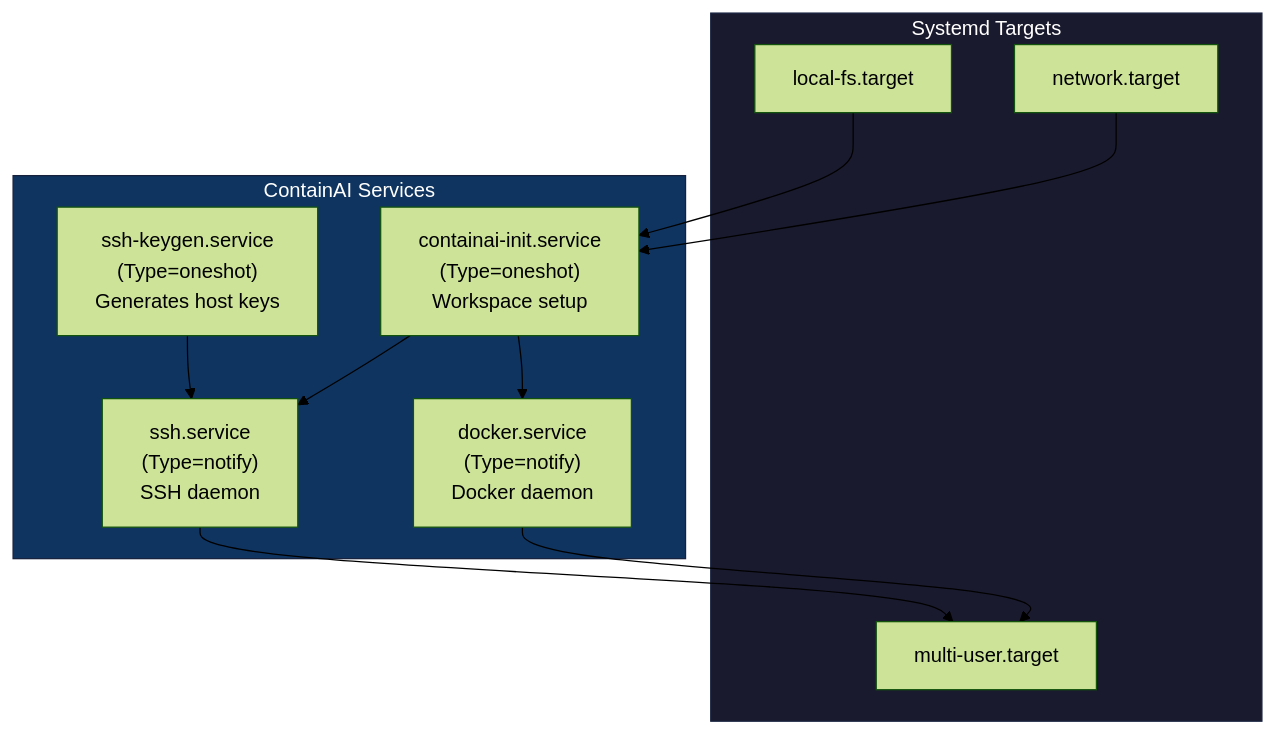
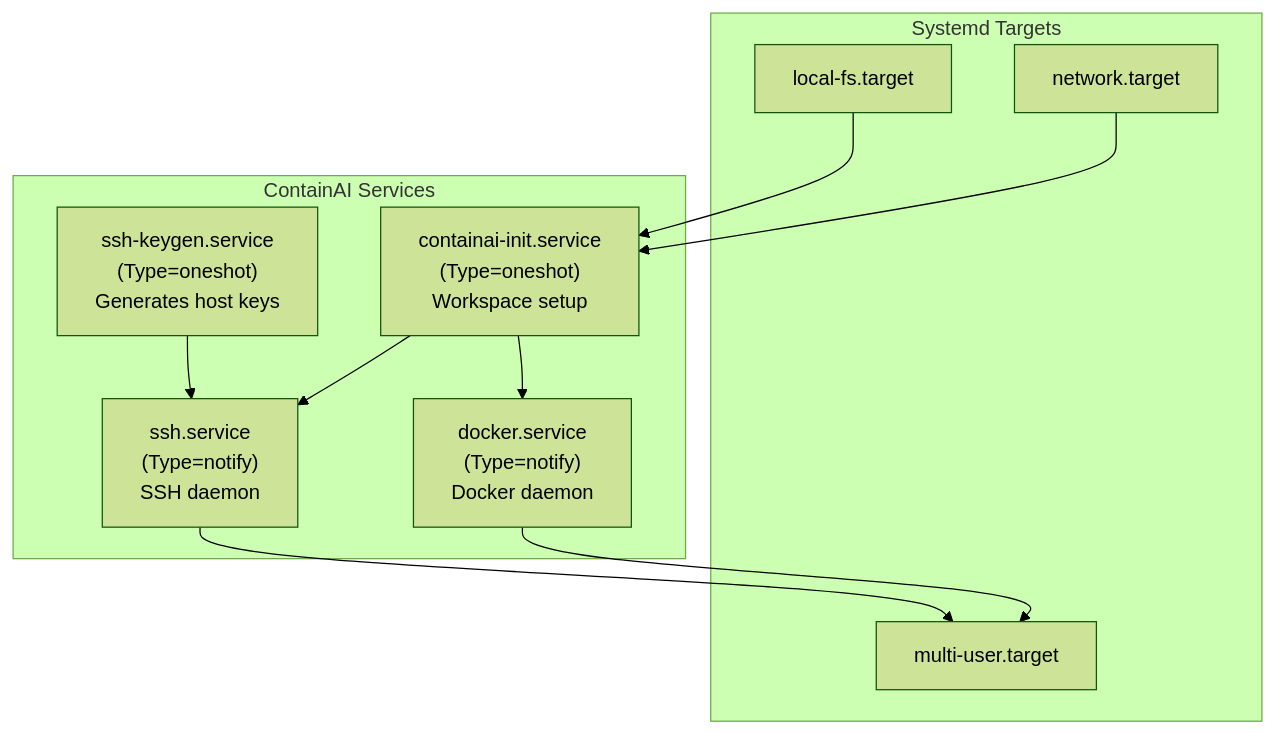
One commit to novotnyllc/ContainAI changed the fifth of 11 diagrams in docs/architecture.md. Above: the diagram before and after it, drawn with Mermaid (forest theme). The commit also changed other lines of this file and 14 other files, not shown here.

````diff
--- a/docs/architecture.md
+++ b/docs/architecture.md
@@ -287,27 +281,25 @@
 ```mermaid
 flowchart TD
     subgraph Targets["Systemd Targets"]
         LocalFS["local-fs.target"]
         Network["network.target"]
         MultiUser["multi-user.target"]
     end
 
     subgraph Services["ContainAI Services"]
         SSHKeygen["ssh-keygen.service<br/>(Type=oneshot)<br/>Generates host keys"]
         SSH["ssh.service<br/>(Type=notify)<br/>SSH daemon"]
         DockerSvc["docker.service<br/>(Type=notify)<br/>Docker daemon"]
         Init["containai-init.service<br/>(Type=oneshot)<br/>Workspace setup"]
     end
 
     LocalFS --> Init
     Network --> Init
     Init --> SSH
     Init --> DockerSvc
     SSHKeygen --> SSH
 
     SSH --> MultiUser
     DockerSvc --> MultiUser
 
-    style Targets fill:#1a1a2e,stroke:#16213e,color:#fff
-    style Services fill:#0f3460,stroke:#16213e,color:#fff
 ```
````
